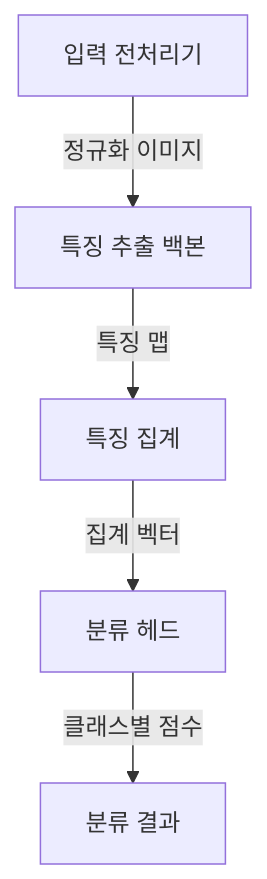
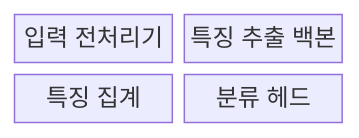
One commit to agnusdei1207/knowledge-base changed the first of 2 diagrams in src/content/docs/notes/01-basic-theory/056_image_classification.md. Above: the diagram before and after it, drawn with Mermaid. The commit also changed other lines of this file and 20 other files, not shown here.

````diff
--- a/src/content/docs/notes/01-basic-theory/056_image_classification.md
+++ b/src/content/docs/notes/01-basic-theory/056_image_classification.md
@@ -72,7 +70,8 @@
 ```mermaid
-flowchart TB
-    I[입력 전처리기] -->|정규화 이미지| B[특징 추출 백본]
-    B -->|특징 맵| G[특징 집계]
-    G -->|집계 벡터| H[분류 헤드]
-    H -->|클래스별 점수| O[분류 결과]
+block
+    columns 2
+    I["입력 전처리기"]
+    B["특징 추출 백본"]
+    G["특징 집계"]
+    H["분류 헤드"]
 ```
````
